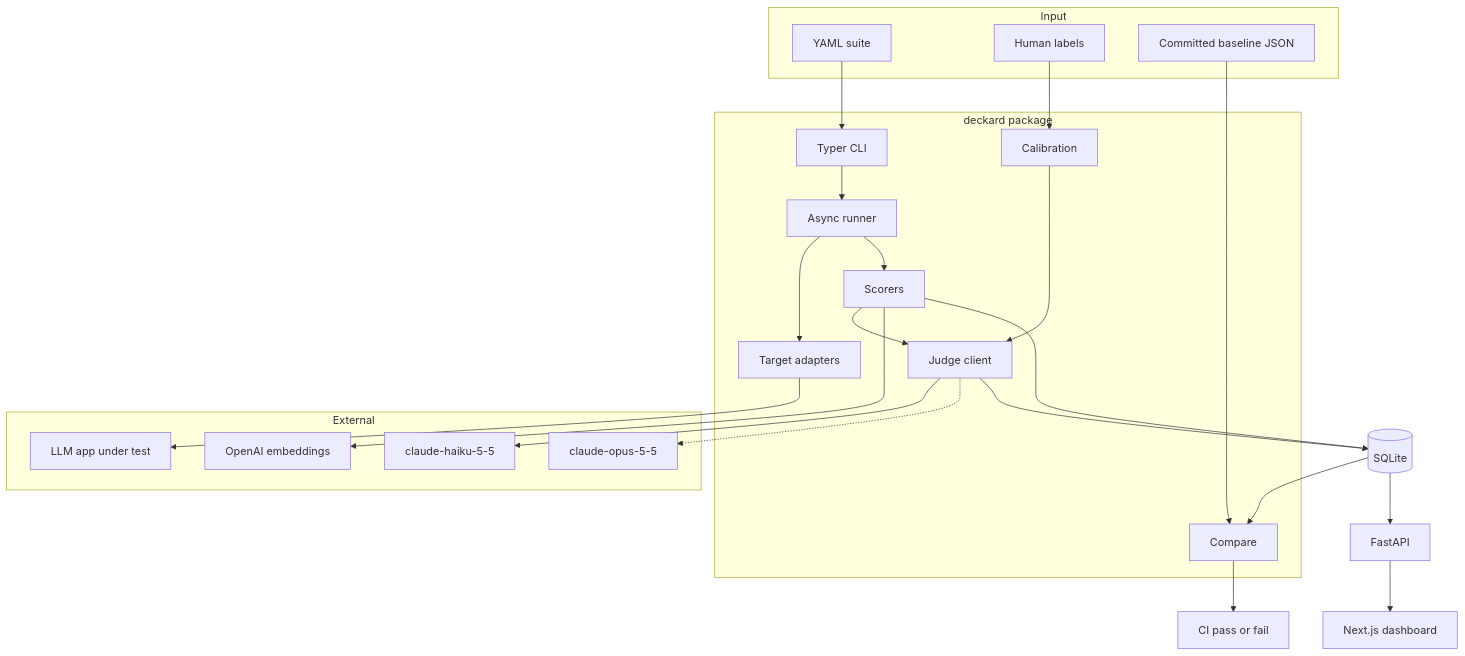
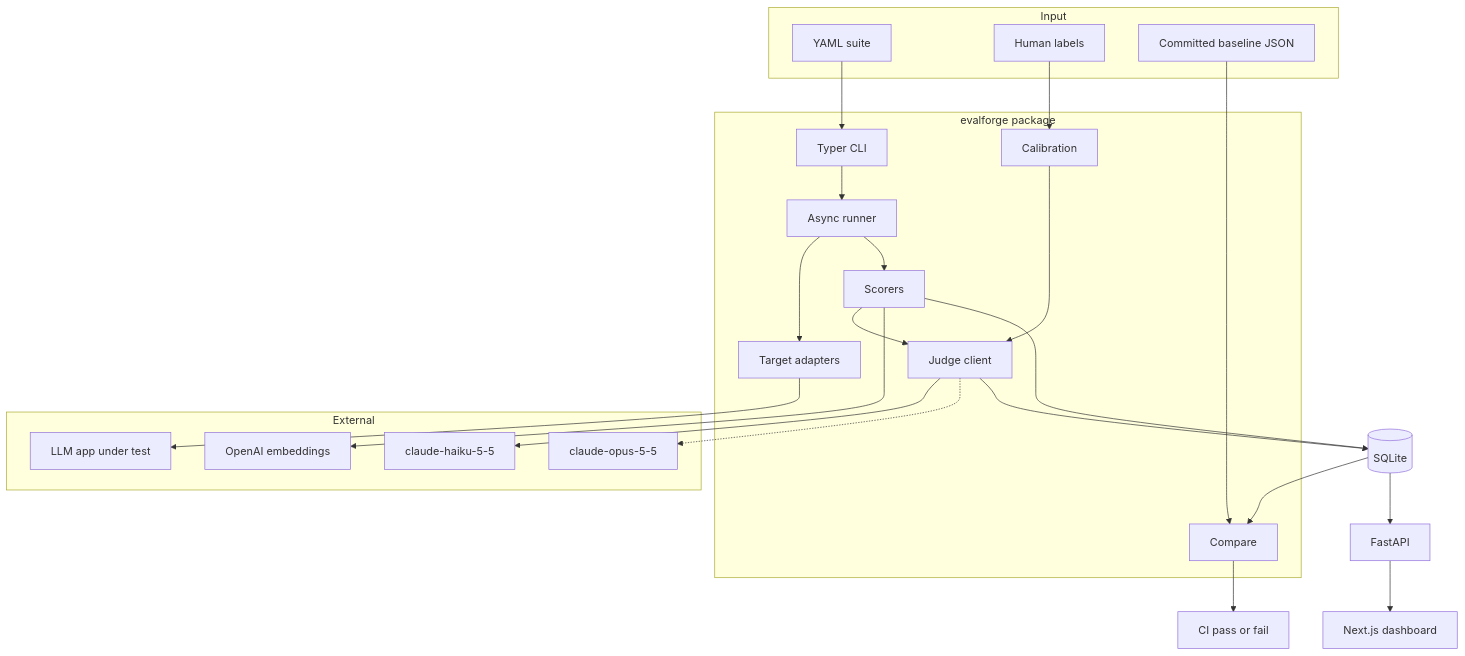
One commit to striderzz/EvalForge-LLMOps changed the first of 7 diagrams in INFO.md. Above: the diagram before and after it, drawn with Mermaid. The commit also changed other lines of this file and 2 other files, not shown here.

First line of the commit message:
Rename project to evalforge-llmops

````diff
--- a/INFO.md
+++ b/INFO.md
@@ -121,42 +121,42 @@
 ```mermaid
 flowchart TB
     subgraph Input["Input"]
         Suite["YAML suite"]
         Labels["Human labels"]
         Base["Committed baseline JSON"]
     end
-    subgraph Core["deckard package"]
+    subgraph Core["evalforge package"]
         CLI["Typer CLI"]
         Runner["Async runner"]
         Targets["Target adapters"]
         Scorers["Scorers"]
         JudgeClient["Judge client"]
         Cal["Calibration"]
         Cmp["Compare"]
     end
     subgraph External["External"]
         App["LLM app under test"]
         Haiku["claude-haiku-5-5"]
         Opus["claude-opus-5-5"]
         Emb["OpenAI embeddings"]
     end
     DB[("SQLite")]
     Suite --> CLI
     CLI --> Runner
     Runner --> Targets
     Targets --> App
     Runner --> Scorers
     Scorers --> JudgeClient
     JudgeClient --> Haiku
     JudgeClient -.-> Opus
     Scorers --> Emb
     JudgeClient --> DB
     Scorers --> DB
     Labels --> Cal
     Cal --> JudgeClient
     Base --> Cmp
     DB --> Cmp
     Cmp --> Gate["CI pass or fail"]
     DB --> API["FastAPI"]
     API --> UI["Next.js dashboard"]
 ```
````
